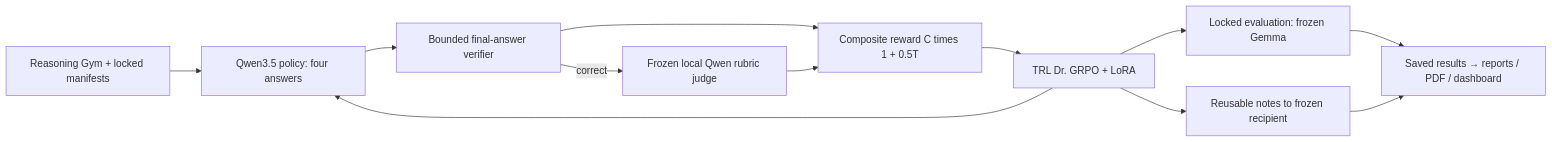
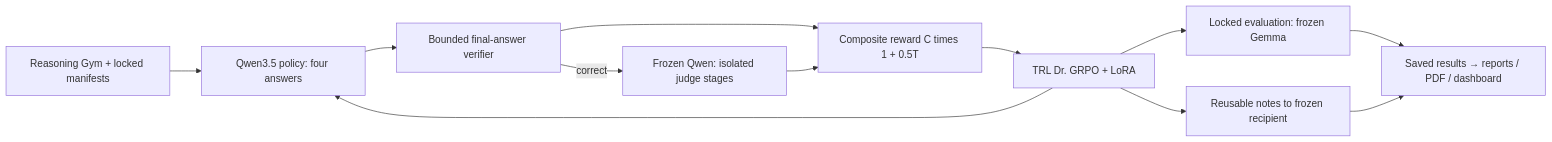
One commit to BurnyCoder/grothendieck-reinforcement-learning-with-llm-as-a-judge-reward-in-grpo-rlvr changed the diagram in README.md. Above: the diagram before and after it, drawn with Mermaid. The commit also changed other lines of this file and 22 other files, not shown here.

````diff
--- a/README.md
+++ b/README.md
@@ -31,14 +35,14 @@
 ```mermaid
 flowchart LR
   G[Reasoning Gym + locked manifests] --> P[Qwen3.5 policy: four answers]
   P --> V[Bounded final-answer verifier]
-  V -->|correct| J[Frozen local Qwen rubric judge]
+  V -->|correct| J[Frozen Qwen: isolated judge stages]
   V --> R[Composite reward C times 1 + 0.5T]
   J --> R
   R --> T[TRL Dr. GRPO + LoRA]
   T --> P
   T --> E[Locked evaluation: frozen Gemma]
   T --> N[Reusable notes to frozen recipient]
   E --> A[Saved results → reports / PDF / dashboard]
   N --> A
 ```
````
